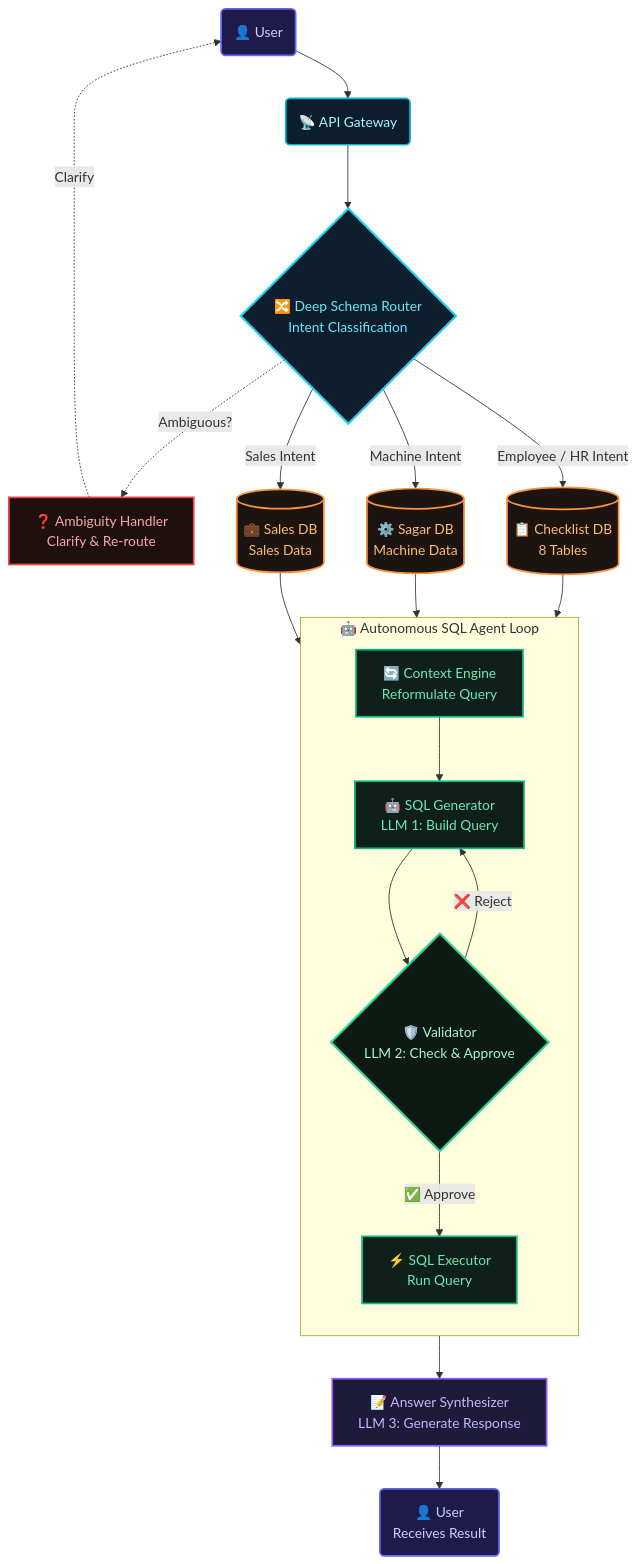
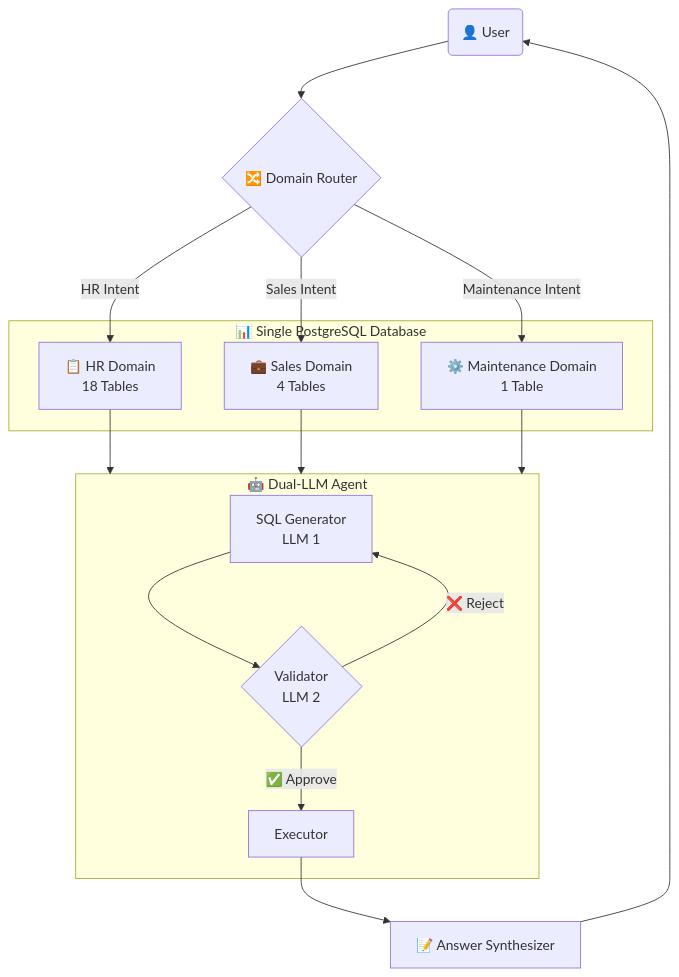
Before and after one commit to missagar01/Sagar-ai-agent-frontend: the diagram in README.md, drawn with Mermaid. The commit also changed other lines of this file and 58 other files, not shown here.

Commit message:
to change the architecture

````diff
--- a/README.md
+++ b/README.md
@@ -109,53 +120,34 @@
 ```mermaid
 flowchart TD
-    classDef userNode fill:#1e1b4b,stroke:#6366f1,stroke-width:2px,color:#c7d2fe
-    classDef gatewayNode fill:#0c1e2e,stroke:#06b6d4,stroke-width:2px,color:#a5f3fc
-    classDef routerNode fill:#0c1e2e,stroke:#22d3ee,stroke-width:2.5px,color:#67e8f9
-    classDef dbNode fill:#1c1410,stroke:#fb923c,stroke-width:2px,color:#fdba74
-    classDef agentNode fill:#0f1f1a,stroke:#10b981,stroke-width:2px,color:#6ee7b7
-    classDef errorNode fill:#1f1010,stroke:#ef4444,stroke-width:2px,color:#fca5a5
-    classDef outputNode fill:#1e1b3a,stroke:#8b5cf6,stroke-width:2px,color:#c4b5fd
-    classDef coreNode fill:#0d1a14,stroke:#34d399,stroke-width:2.5px,color:#a7f3d0
-
-    U("👤 User"):::userNode
-    AG("📡 API Gateway"):::gatewayNode
-    RT{"🔀 Deep Schema Router<br/>Intent Classification"}:::routerNode
-    AH["❓ Ambiguity Handler<br/>Clarify & Re-route"]:::errorNode
-
-    CE["🔄 Context Engine<br/>Reformulate Query"]:::agentNode
-    SG["🤖 SQL Generator<br/>LLM 1: Build Query"]:::agentNode
-    SV{"🛡️ Validator<br/>LLM 2: Check & Approve"}:::coreNode
-    EX["⚡ SQL Executor<br/>Run Query"]:::agentNode
-
-    DB1[("📋 Checklist DB<br/>8 Tables")]:::dbNode
-    DB2[("⚙️ Sagar DB<br/>Machine Data")]:::dbNode
-    DB3[("💼 Sales DB<br/>Sales Data")]:::dbNode
-
-    SY["📝 Answer Synthesizer<br/>LLM 3: Generate Response"]:::outputNode
-    UR("👤 User<br/>Receives Result"):::userNode
-
-    U --> AG
-    AG --> RT
-
-    RT -.->|"Ambiguous?"| AH
-    AH -.->|"Clarify"| U
-
-    RT -->|"Employee / HR Intent"| DB1
-    RT -->|"Machine Intent"| DB2
-    RT -->|"Sales Intent"| DB3
-
-    subgraph CORE ["🤖 Autonomous SQL Agent Loop"]
-        direction TB
-        CE --> SG
-        SG --> SV
-        SV -->|"❌ Reject"| SG
-        SV -->|"✅ Approve"| EX
+    U("👤 User")
+    RT{"🔀 Domain Router"}
+    
+    subgraph DB ["📊 Single PostgreSQL Database"]
+        D1["📋 HR Domain<br/>18 Tables"]
+        D2["💼 Sales Domain<br/>4 Tables"]
+        D3["⚙️ Maintenance Domain<br/>1 Table"]
     end
-
-    DB1 --> CE
-    DB2 --> CE
-    DB3 --> CE
-
+    
+    subgraph AGENT ["🤖 Dual-LLM Agent"]
+        SG["SQL Generator<br/>LLM 1"]
+        SV{"Validator<br/>LLM 2"}
+        EX["Executor"]
+    end
+    
+    SY["📝 Answer Synthesizer"]
+    
+    U --> RT
+    RT -->|"HR Intent"| D1
+    RT -->|"Sales Intent"| D2  
+    RT -->|"Maintenance Intent"| D3
+    
+    D1 --> AGENT
+    D2 --> AGENT
+    D3 --> AGENT
+    
+    SG --> SV
+    SV -->|"❌ Reject"| SG
+    SV -->|"✅ Approve"| EX
     EX --> SY
-    SY --> UR
+    SY --> U
 ```
````
